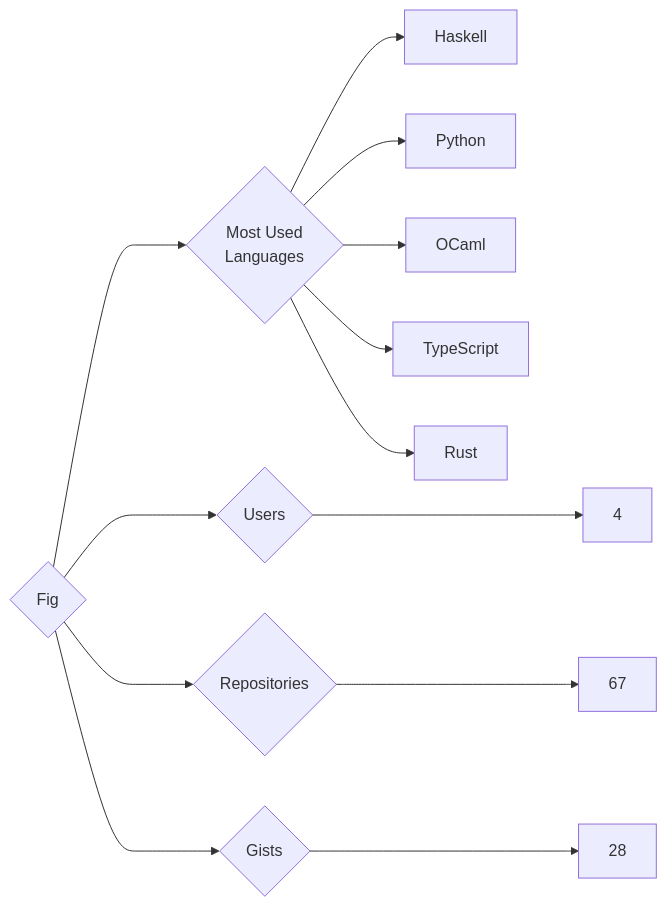
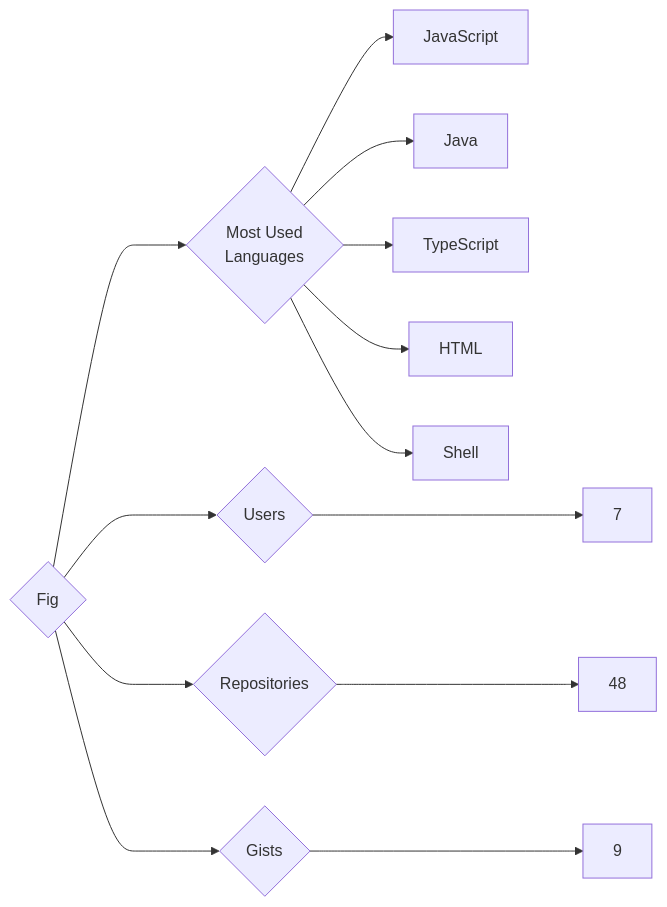
Before and after one commit to trickest/insiders: the diagram in targets/Fig/README.md, drawn with Mermaid. The commit also changed 953 other files, not shown here.

````diff
--- a/targets/Fig/README.md
+++ b/targets/Fig/README.md
@@ -3,13 +3,13 @@
 ```mermaid
 graph LR
 COMPANY_NAME{Fig}
-COMPANY_NAME ---> U{Users} ---> UN[4]
-COMPANY_NAME ---> R{Repositories} ---> RN[67]
-COMPANY_NAME ---> G{Gists} ---> GN[28]
+COMPANY_NAME ---> U{Users} ---> UN[7]
+COMPANY_NAME ---> R{Repositories} ---> RN[48]
+COMPANY_NAME ---> G{Gists} ---> GN[9]
 COMPANY_NAME ---> ML{Most Used<br>Languages}
-ML --> Haskell[Haskell]
-ML --> Python[Python]
-ML --> OCaml[OCaml]
+ML --> JavaScript[JavaScript]
+ML --> Java[Java]
 ML --> TypeScript[TypeScript]
-ML --> Rust[Rust]
+ML --> HTML[HTML]
+ML --> Shell[Shell]
 ```
````
